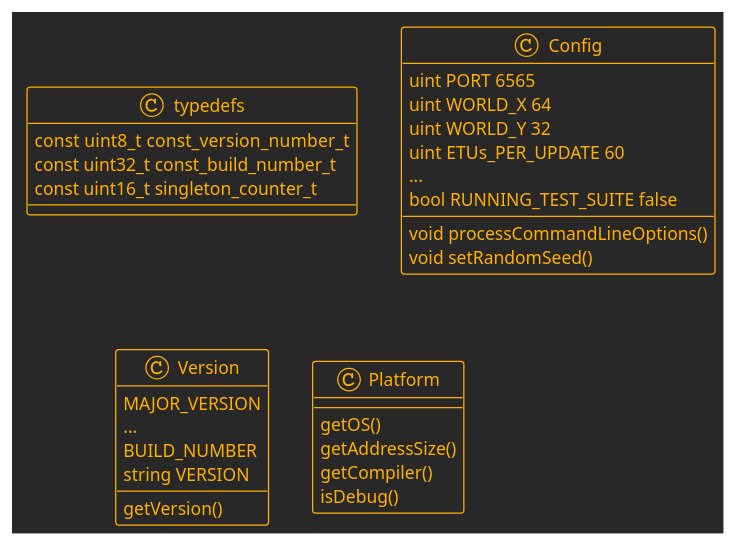
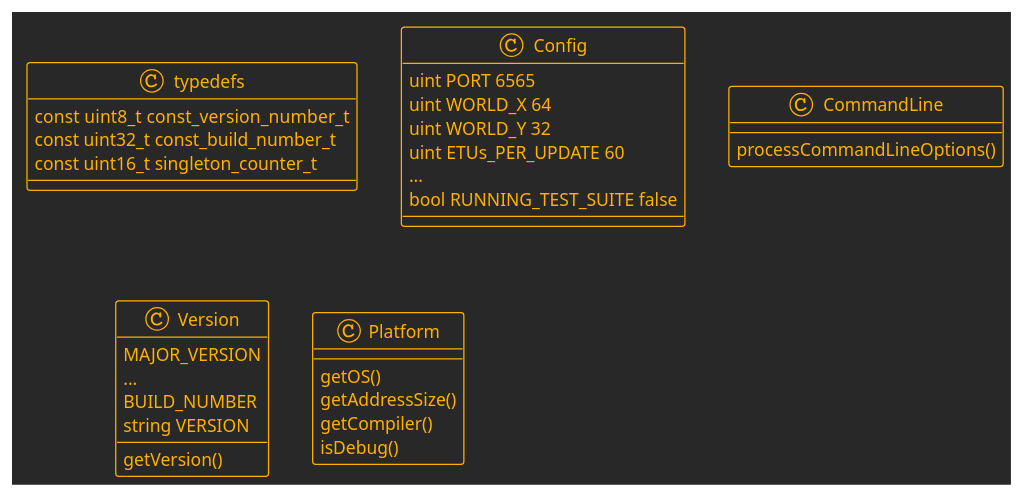
The second of 5 diagrams in API_DESIGN.md (marknelsonengineer/empire), drawn with PlantUML before and after one commit. The commit also changed other lines of this file and 1 other file, not shown here.

```diff
--- a/API_DESIGN.md
+++ b/API_DESIGN.md
@@ -126,38 +126,39 @@
 @startuml
 !theme crt-amber
 
 class typedefs {
   const uint8_t  const_version_number_t
   const uint32_t const_build_number_t
   const uint16_t singleton_counter_t
 }
 
 class Config {
   uint PORT 6565
   uint WORLD_X 64
   uint WORLD_Y 32
   uint ETUs_PER_UPDATE 60
   ...
   bool RUNNING_TEST_SUITE false
+}
 
-  void processCommandLineOptions()
-  void setRandomSeed()
+class CommandLine {
+  processCommandLineOptions()
 }
 
 class Version {
   MAJOR_VERSION
   ...
   BUILD_NUMBER
   string VERSION
 
   getVersion()
 }
 
 class Platform {
   getOS()
   getAddressSize()
   getCompiler()
   isDebug()
 }
 
 @enduml
```
